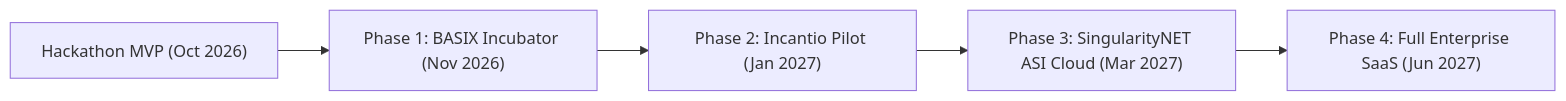
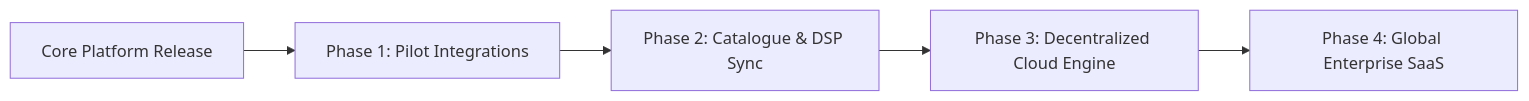
One commit to Edwin420s/ClearTrace-Labs changed the diagram in docs/BUSINESS_INCUBATION_PLAN.md. Above: the diagram before and after it, drawn with Mermaid. The commit also changed other lines of this file, not shown here.

Commit message:
docs(business): update BUSINESS_INCUBATION_PLAN.md for commercial roadmap

````diff
--- a/docs/BUSINESS_INCUBATION_PLAN.md
+++ b/docs/BUSINESS_INCUBATION_PLAN.md
@@ -42,7 +42,7 @@
 ```mermaid
 flowchart LR
-    A["Hackathon MVP (Oct 2026)"] --> B["Phase 1: BASIX Incubator (Nov 2026)"]
-    B --> C["Phase 2: Incantio Pilot (Jan 2027)"]
-    C --> D["Phase 3: SingularityNET ASI Cloud (Mar 2027)"]
-    D --> E["Phase 4: Full Enterprise SaaS (Jun 2027)"]
+    A["Core Platform Release"] --> B["Phase 1: Pilot Integrations"]
+    B --> C["Phase 2: Catalogue & DSP Sync"]
+    C --> D["Phase 3: Decentralized Cloud Engine"]
+    D --> E["Phase 4: Global Enterprise SaaS"]
 ```
````
